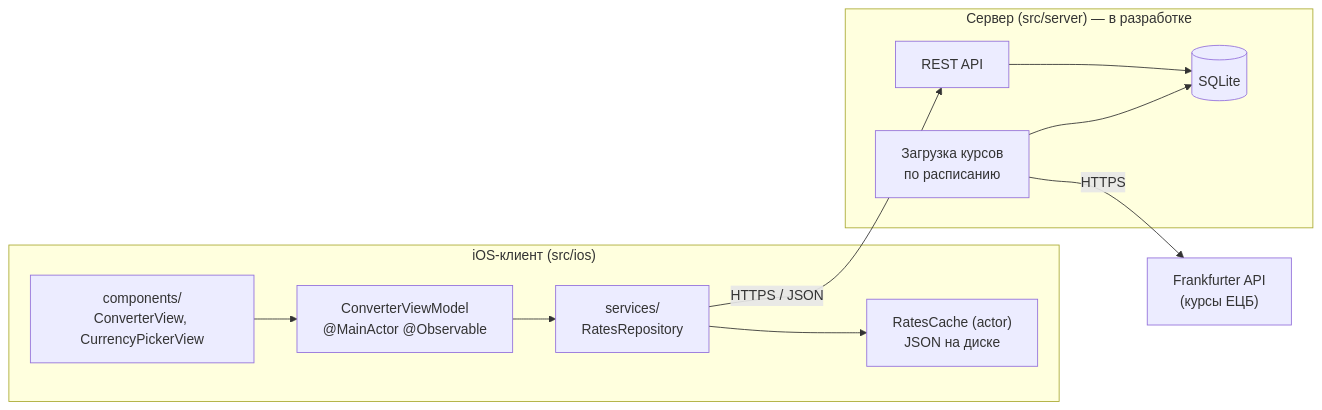
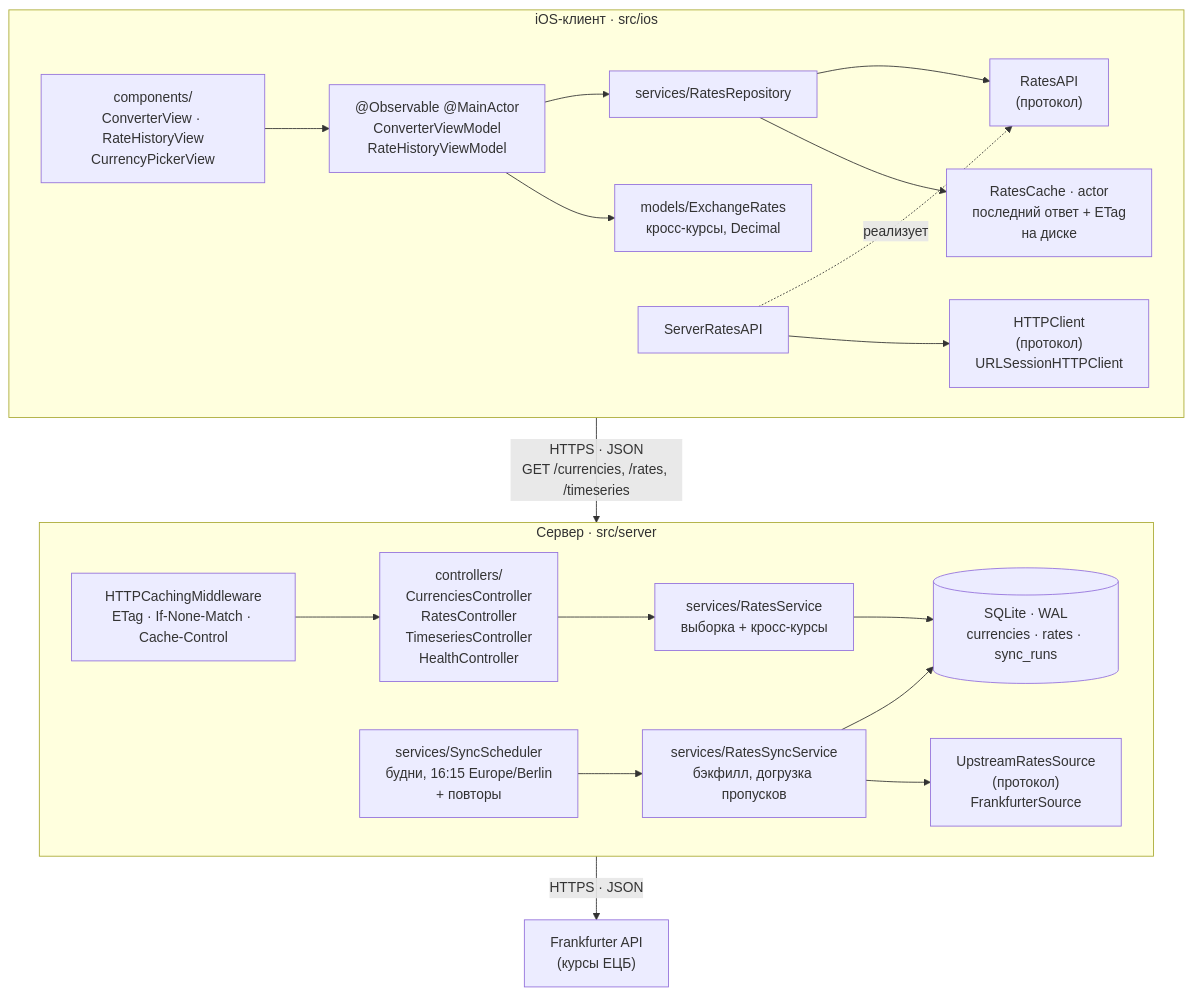
The first of 7 diagrams in docs/architecture.md (edwardjelenski/currency-converter), drawn with Mermaid before and after one commit. The commit also changed other lines of this file and 4 other files, not shown here.

First line of the commit message:
Design client-server architecture in docs/architecture.md

````diff
--- a/docs/architecture.md
+++ b/docs/architecture.md
@@ -8,24 +22,45 @@
 ```mermaid
-flowchart LR
-    subgraph iOS["iOS-клиент (src/ios)"]
-        UI["components/<br/>ConverterView, CurrencyPickerView"]
-        VM["ConverterViewModel<br/>@MainActor @Observable"]
-        Repo["services/<br/>RatesRepository"]
-        Cache["RatesCache (actor)<br/>JSON на диске"]
-        UI --> VM --> Repo
+flowchart TB
+    subgraph IOS["iOS-клиент · src/ios"]
+        direction LR
+        Views["components/<br/>ConverterView · RateHistoryView<br/>CurrencyPickerView"]
+        VMs["@Observable @MainActor<br/>ConverterViewModel<br/>RateHistoryViewModel"]
+        Repo["services/RatesRepository"]
+        APIProto["RatesAPI<br/>(протокол)"]
+        APIImpl["ServerRatesAPI"]
+        HTTP["HTTPClient<br/>(протокол)<br/>URLSessionHTTPClient"]
+        Cache["RatesCache · actor<br/>последний ответ + ETag<br/>на диске"]
+        Calc["models/ExchangeRates<br/>кросс-курсы, Decimal"]
+
+        Views --> VMs
+        VMs --> Repo
+        VMs --> Calc
+        Repo --> APIProto
+        APIImpl -. реализует .-> APIProto
+        APIImpl --> HTTP
         Repo --> Cache
     end
 
-    subgraph Server["Сервер (src/server) — в разработке"]
-        API["REST API"]
-        Sync["Загрузка курсов<br/>по расписанию"]
-        DB[("SQLite")]
-        API --> DB
+    subgraph SRV["Сервер · src/server"]
+        direction LR
+        Routes["controllers/<br/>CurrenciesController<br/>RatesController<br/>TimeseriesController<br/>HealthController"]
+        MW["HTTPCachingMiddleware<br/>ETag · If-None-Match · Cache-Control"]
+        RatesSvc["services/RatesService<br/>выборка + кросс-курсы"]
+        Sync["services/RatesSyncService<br/>бэкфилл, догрузка пропусков"]
+        Sched["services/SyncScheduler<br/>будни, 16:15 Europe/Berlin<br/>+ повторы"]
+        Up["UpstreamRatesSource<br/>(протокол)<br/>FrankfurterSource"]
+        DB[("SQLite · WAL<br/>currencies · rates · sync_runs")]
+
+        MW --> Routes
+        Routes --> RatesSvc
+        RatesSvc --> DB
+        Sched --> Sync
+        Sync --> Up
         Sync --> DB
     end
 
-    Ext["Frankfurter API<br/>(курсы ЕЦБ)"]
+    ECB["Frankfurter API<br/>(курсы ЕЦБ)"]
 
-    Repo -- "HTTPS / JSON" --> API
-    Sync -- "HTTPS" --> Ext
+    HTTP -- "HTTPS · JSON<br/>GET /currencies, /rates, /timeseries" --> MW
+    Up -- "HTTPS · JSON" --> ECB
 ```
````
